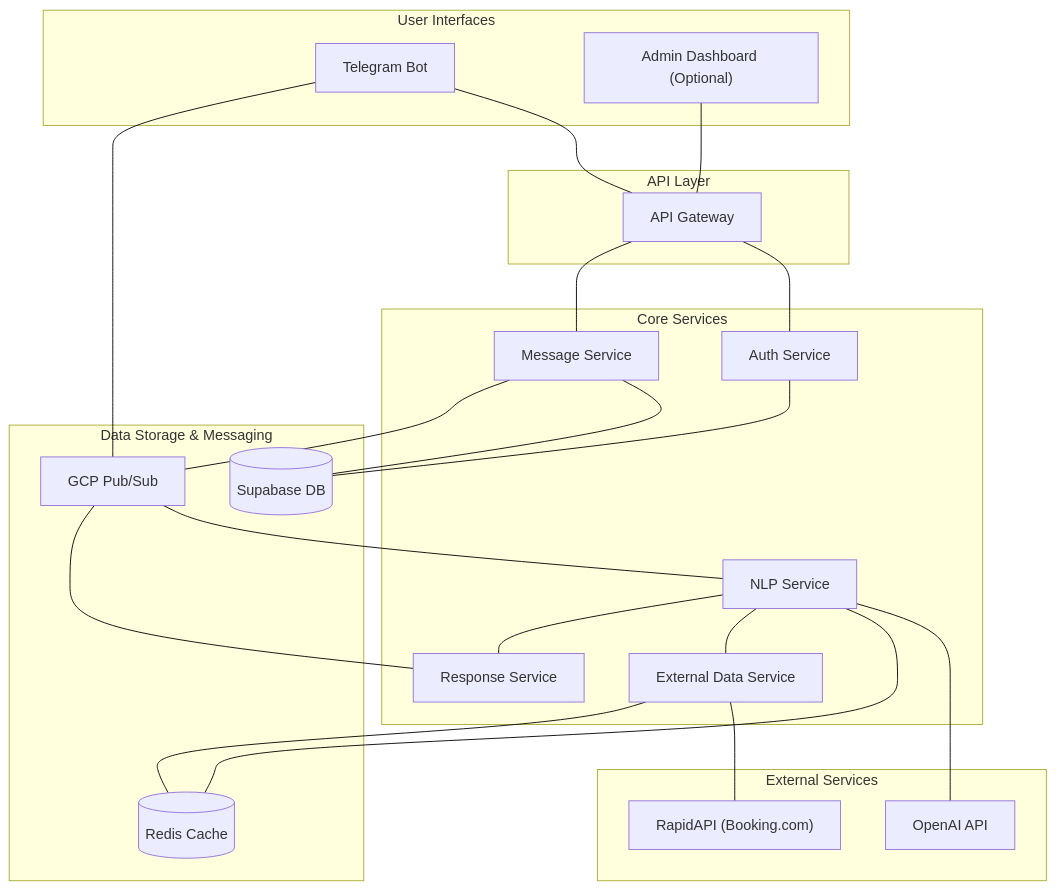
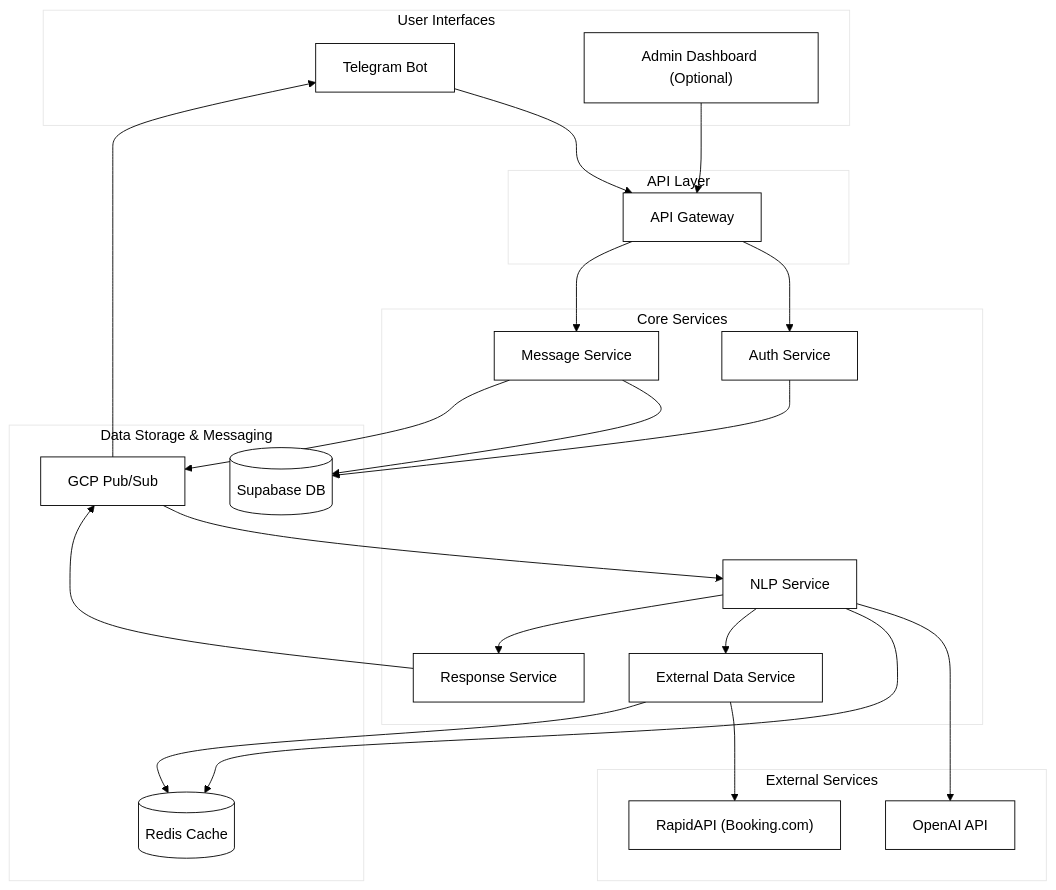
The diagram in README.md (esakrissa/modern-isoner), drawn with Mermaid before and after one commit.

Commit message:
Update Mermaid diagram with white background, black lines and text, and cleaner layout

````diff
--- a/README.md
+++ b/README.md
@@ -29,55 +29,54 @@
 ```mermaid
-graph TD
+%%{init: {'theme': 'base', 'themeVariables': { 'primaryColor': '#ffffff', 'primaryTextColor': '#000000', 'primaryBorderColor': '#000000', 'lineColor': '#000000', 'secondaryColor': '#ffffff', 'tertiaryColor': '#ffffff' }}}%%
+flowchart TB
     subgraph "User Interfaces"
         TB["Telegram Bot"]
         AD["Admin Dashboard (Optional)"]
     end
 
     subgraph "API Layer"
         AG["API Gateway"]
     end
 
     subgraph "Core Services"
         AS["Auth Service"]
         MS["Message Service"]
         NLP["NLP Service"]
         EDS["External Data Service"]
         RS["Response Service"]
     end
 
     subgraph "Data Storage & Messaging"
         SB[(Supabase DB)]
         PS["GCP Pub/Sub"]
         RC[(Redis Cache)]
     end
 
     subgraph "External Services"
         OAI["OpenAI API"]
         RAPI["RapidAPI (Booking.com)"]
     end
 
-    TB --- AG
-    AD --- AG
+    TB --> AG
+    AD --> AG
     
-    AG --- AS
-    AG --- MS
+    AG --> AS & MS
     
-    AS --- SB
-    MS --- SB
-    MS --- PS
+    AS --> SB
+    MS --> SB
+    MS --> PS
     
-    PS --- NLP
-    NLP --- OAI
-    NLP --- RC
+    PS --> NLP
+    NLP --> OAI
+    NLP --> RC
     
-    NLP --- EDS
-    NLP --- RS
+    NLP --> EDS & RS
     
-    EDS --- RAPI
-    EDS --- RC
+    EDS --> RAPI
+    EDS --> RC
     
-    RS --- PS
-    PS --- TB
+    RS --> PS
+    PS --> TB
 
-    linkStyle default stroke-width:1px,fill:none,stroke:black;
+    linkStyle default stroke:#000000,stroke-width:1px;
 ```
````
